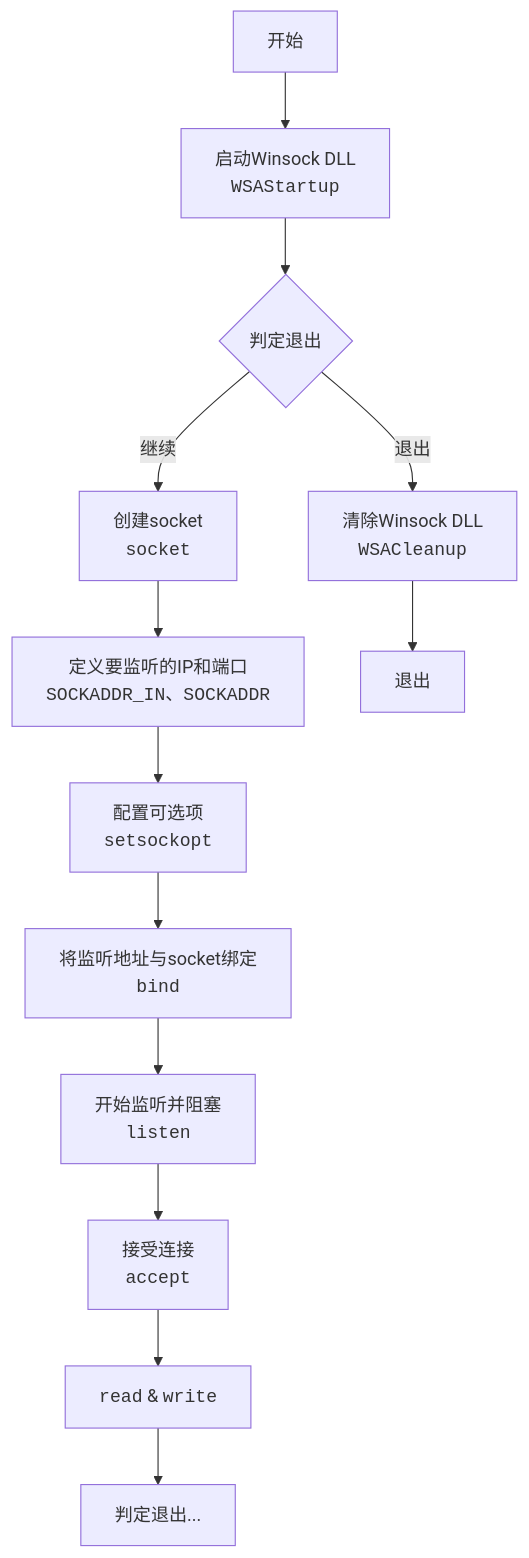
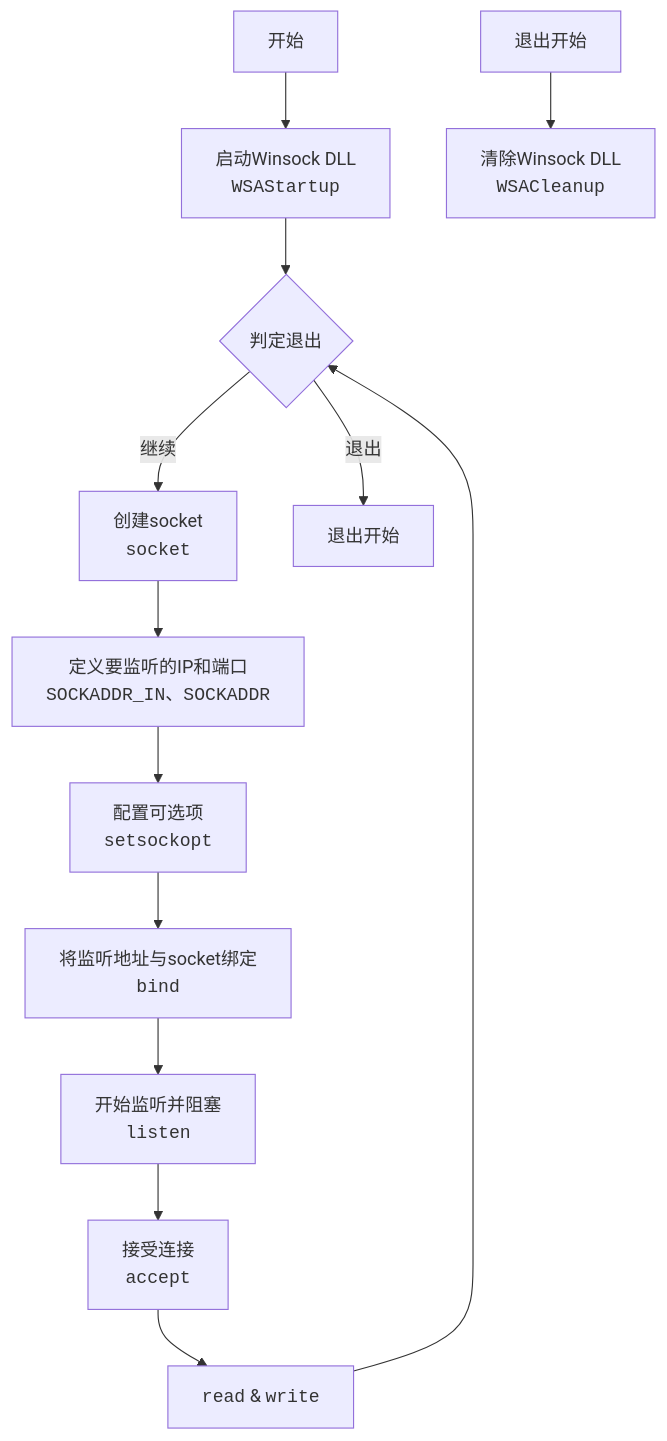
Before and after one commit to h13-0/Notebooks: the diagram in 操作系统/用户态开发/socket/Windows用户态socket.md, drawn with Mermaid. The commit also changed other lines of this file and 3 other files, not shown here.

````diff
--- a/操作系统/用户态开发/socket/Windows用户态socket.md
+++ b/操作系统/用户态开发/socket/Windows用户态socket.md
@@ -19,15 +19,15 @@
 ```mermaid
 flowchart TB
 	A[开始] --> B[启动Winsock DLL<br><code>WSAStartup</code>]
 	B --> C{判定退出}
 	C --> |继续|D[创建socket<br><code>socket</code>]
 	D --> E[定义要监听的IP和端口<br><code>SOCKADDR_IN、SOCKADDR</code>]
 	E --> F[配置可选项<br><code>setsockopt</code>]
 	F --> G[将监听地址与socket绑定<br><code>bind</code>]
 	G --> H[开始监听并阻塞<br><code>listen</code>]
 	H --> I[接受连接<br><code>accept</code>]
 	I --> J[<code>read</code> & <code>write</code>]
-	C --> |退出|K[清除Winsock DLL<br><code>WSACleanup</code>]
-	K --> L[退出]
-	J --> M[判定退出...]
+	C --> |退出|K[退出开始]
+	J --> C
+	L[退出开始] --> M[清除Winsock DLL<br><code>WSACleanup</code>]
 ```
````
